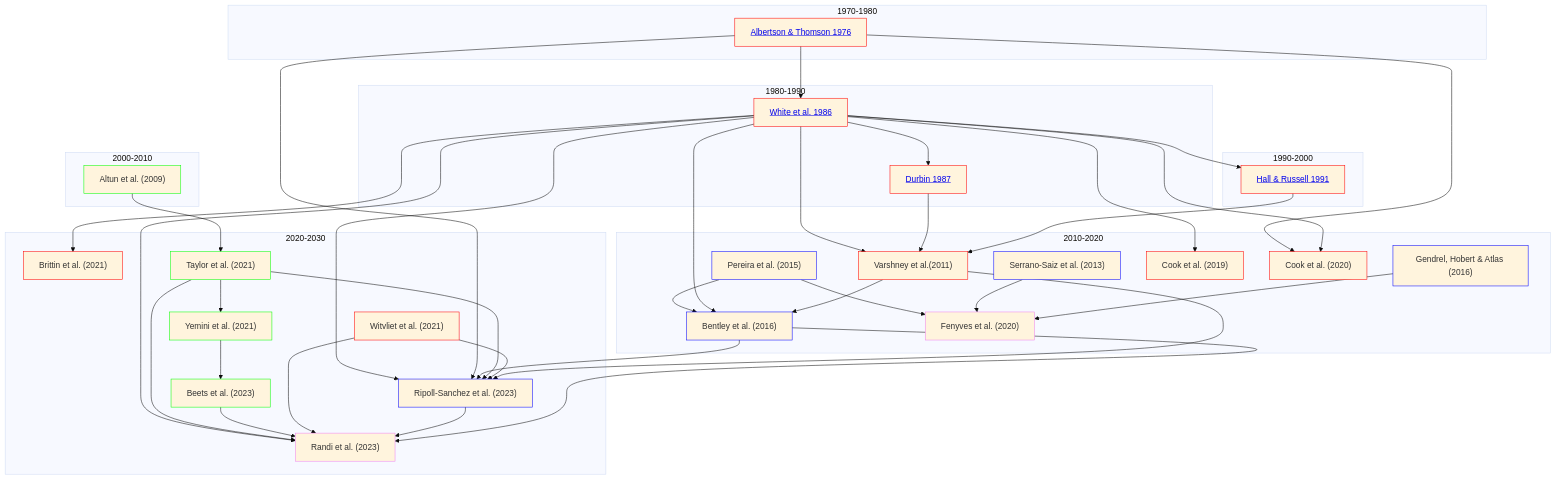
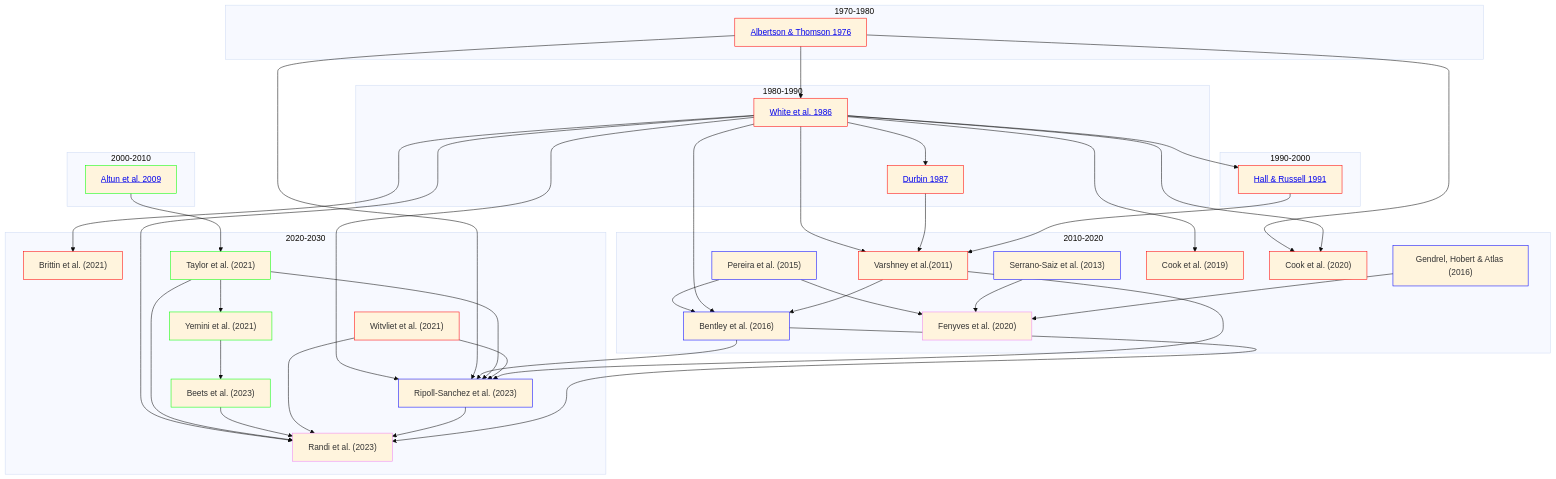
Before and after one commit to yasinthanvickneswaran/mermaidtest: the diagram in README.md, drawn with Mermaid (base theme).

````diff
--- a/README.md
+++ b/README.md
@@ -1,68 +1,69 @@
 ```mermaid
 flowchart TD
     classDef anat stroke:#f00
     classDef gene stroke:#0f0
     classDef es stroke:#00f
     classDef func stroke:#ee82ee
 
 
     subgraph 1970-1980
     A1[<a href='https://github.com/yasinthanvickneswaran/ConnectomeToolbox/blob/main/docs/Albertson_Thompson_1976.md' >Albertson & Thomson 1976</a>]:::anat
     end
     subgraph 1980-1990
     A[<a href='https://github.com/yasinthanvickneswaran/ConnectomeToolbox/blob/main/docs/White_1986.md' >White et al. 1986</a>]:::anat & B[<a href='https://github.com/yasinthanvickneswaran/ConnectomeToolbox/blob/main/docs/Durbin_1987.md' >Durbin 1987</a>]:::anat
     end
 
     subgraph 1990-2000
     A2[<a href='https://github.com/yasinthanvickneswaran/ConnectomeToolbox/blob/main/docs/Hall_1991.md' >Hall & Russell 1991</a>]:::anat
     end
 
     subgraph 2000-2010
-    C
+    C[<a href='https://github.com/yasinthanvickneswaran/ConnectomeToolbox/blob/main/docs/Altun_2009.md' >Altun et al. 2009</a>]:::gene 
     end
+
     subgraph 2010-2020
     D & E & E1 & E2 & F & G & H & I
     end
     subgraph 2020-2030
     J & K & L & M & N & P & NP
     end     
 
 
     E --> H["Fenyves et al. (2020)"]:::func
     E1["Serrano-Saiz et al. (2013)"]:::es --> H
     E2["Gendrel, Hobert & Atlas (2016)"]:::es --> H
     K["Witvliet et al. (2021)"]:::anat
     E["Pereira et al. (2015)"]:::es --> F["Bentley et al. (2016)"]:::es
 
-    C["Altun et al. (2009)"]:::gene --> L["Taylor et al. (2021)"]:::gene
+    C --> L["Taylor et al. (2021)"]:::gene
     L --> M["Yemini et al. (2021)"]:::gene
     M --> N["Beets et al. (2023)"]:::gene
 
     A --> B
     A1 --> A
     A1 --> I
     A  --> A2
     A --> D["Varshney et al.(2011)"]:::anat
     B --> D
     A2 --> D
     A --> G["Cook et al. (2019)"]:::anat
     A --> I["Cook et al. (2020)"]:::anat
     A --> J["Brittin et al. (2021)"]:::anat
     A --> F
     D --> F
     A --> NP["Ripoll-Sanchez et al. (2023)"]:::es
     A1 --> NP
     F --> NP
     L --> NP
     K --> NP
     D --> NP
     A --> P["Randi et al. (2023)"]:::func
     L --> P
     N --> P
     K --> P
     NP --> P
     F --> P
 
     
     
 ```
````
